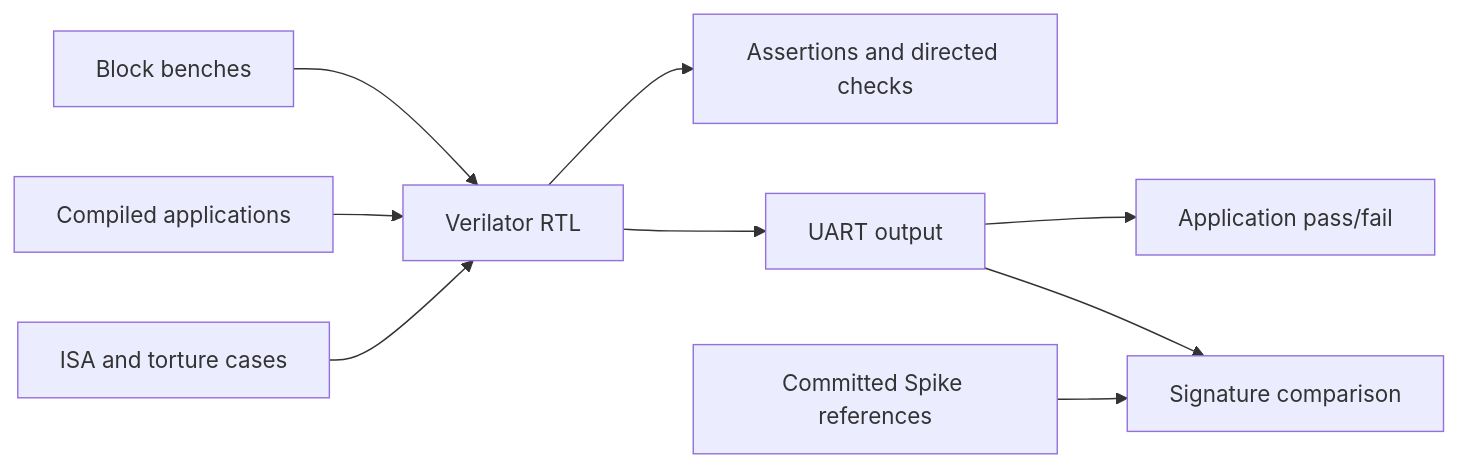
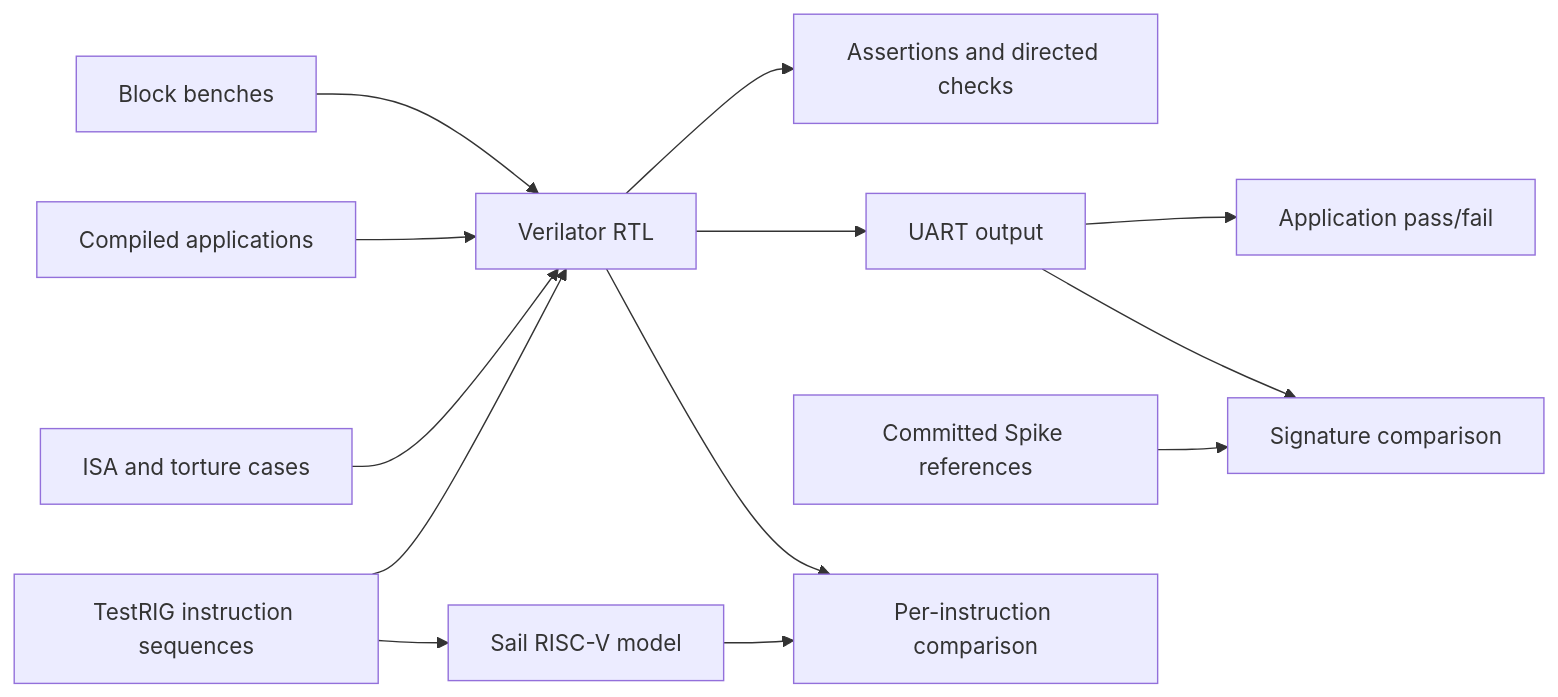
The diagram in verif/README.md (twosigma/frost), drawn with Mermaid before and after one commit. The commit also changed other lines of this file and 25 other files, not shown here.

First line of the commit message:
testrig: compare FROST with the Sail model in CI over RVFI-DII

````diff
--- a/verif/README.md
+++ b/verif/README.md
@@ -13,11 +16,15 @@
 ```mermaid
 flowchart LR
     Blocks[Block benches] --> RTL[Verilator RTL]
     Programs[Compiled applications] --> RTL
     ISA[ISA and torture cases] --> RTL
     RTL --> Checks[Assertions and directed checks]
     RTL --> UART[UART output]
     UART --> Pass[Application pass/fail]
     UART --> Signatures[Signature comparison]
     Spike[Committed Spike references] --> Signatures
+    Engine[TestRIG instruction sequences] --> RTL
+    Engine --> Sail[Sail RISC-V model]
+    RTL --> Compare[Per-instruction comparison]
+    Sail --> Compare
 ```
````
